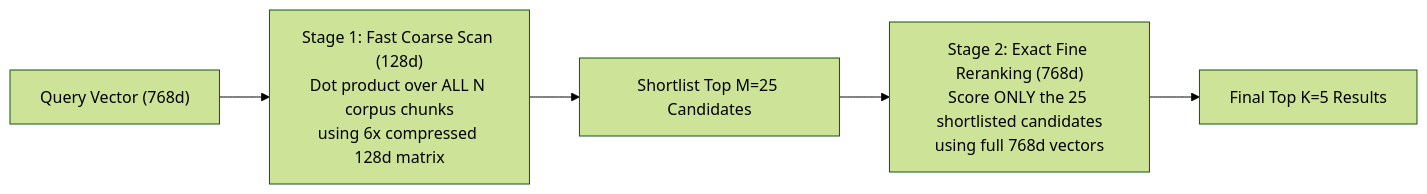
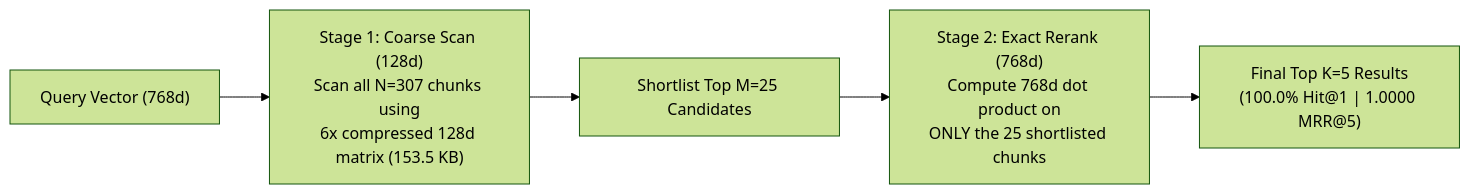
Before and after one commit to ajithvnr2001/sarvam-docs: the second of 2 diagrams in rag-embeddinggemma2-course/course/04_matryoshka_mrl_retrieval.md, drawn with Mermaid (forest theme). The commit also changed other lines of this file and 14 other files, not shown here.

Commit message:
Fix all GFM/KaTeX/Mermaid lint issues & upgrade all 11 RAG course modules to MIT-Professor 4-pillar standard

````diff
--- a/rag-embeddinggemma2-course/course/04_matryoshka_mrl_retrieval.md
+++ b/rag-embeddinggemma2-course/course/04_matryoshka_mrl_retrieval.md
@@ -77,7 +85,7 @@
 ```mermaid
 flowchart LR
-    Q["Query Vector (768d)"] --> S1["Stage 1: Fast Coarse Scan (128d)\nDot product over ALL N corpus chunks\nusing 6x compressed 128d matrix"]
+    Q["Query Vector (768d)"] --> S1["Stage 1: Coarse Scan (128d)<br/>Scan all N=307 chunks using<br/>6x compressed 128d matrix (153.5 KB)"]
     S1 --> Short["Shortlist Top M=25 Candidates"]
-    Short --> S2["Stage 2: Exact Fine Reranking (768d)\nScore ONLY the 25 shortlisted candidates\nusing full 768d vectors"]
-    S2 --> Out["Final Top K=5 Results"]
+    Short --> S2["Stage 2: Exact Rerank (768d)<br/>Compute 768d dot product on<br/>ONLY the 25 shortlisted chunks"]
+    S2 --> Out["Final Top K=5 Results<br/>(100.0% Hit@1 | 1.0000 MRR@5)"]
 ```
````
